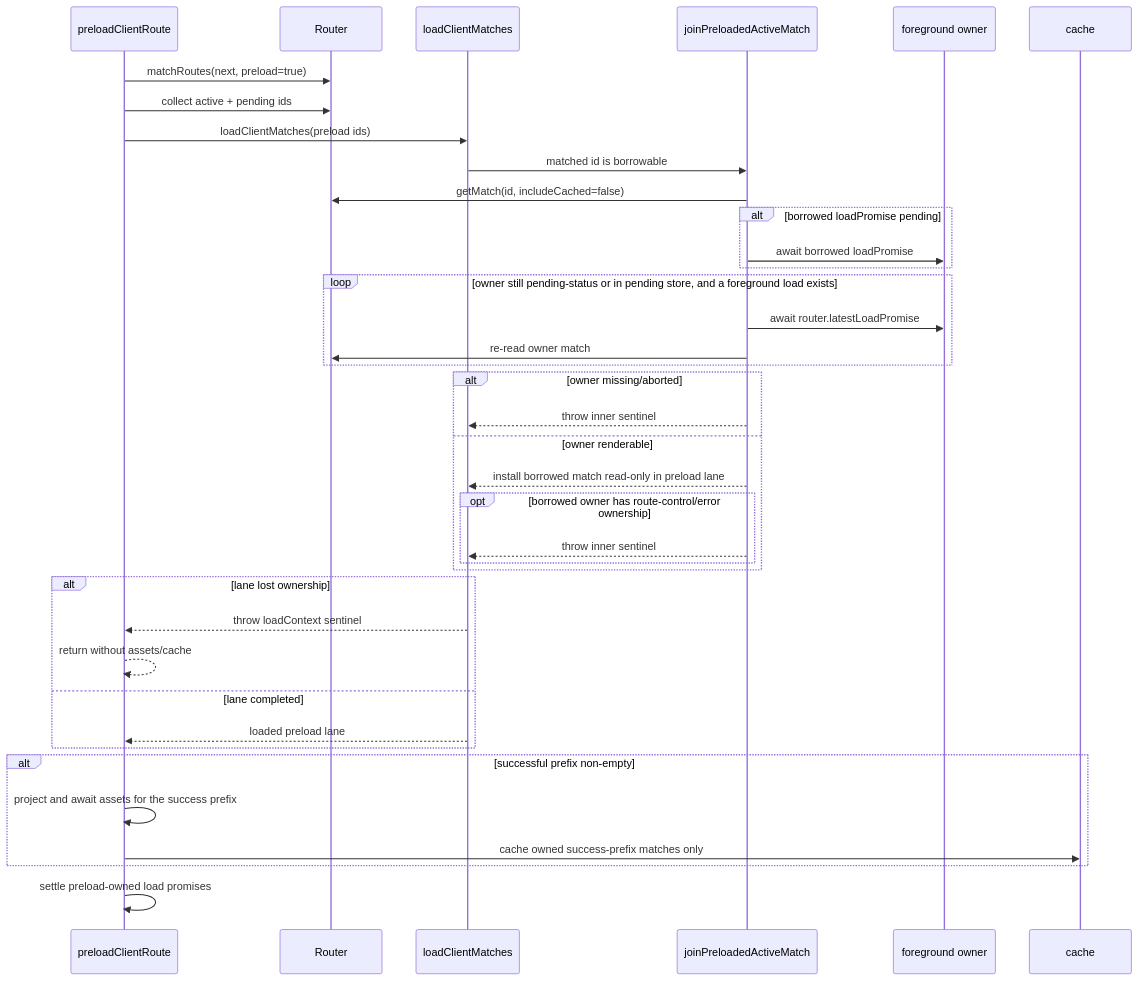
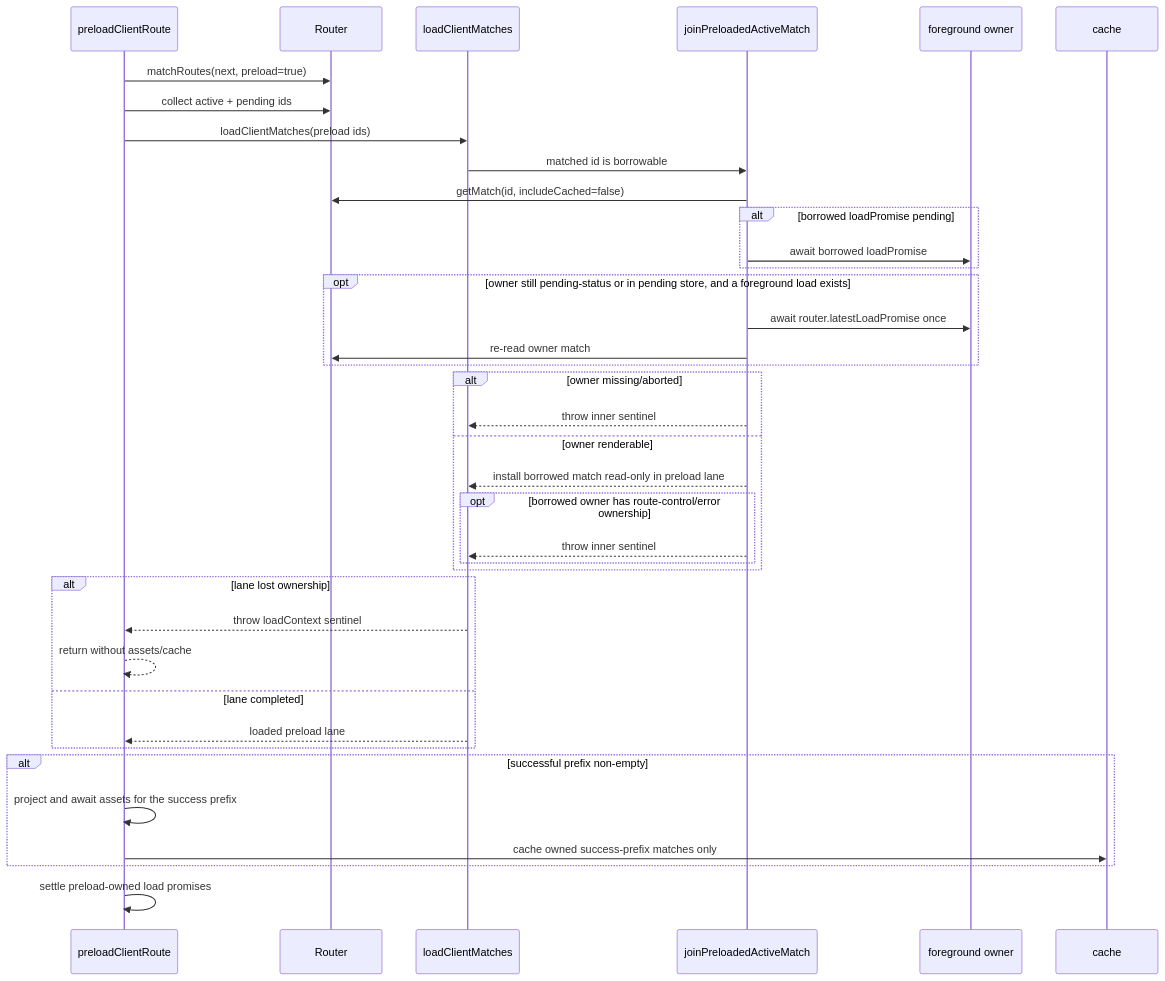
One commit to TanStack/router changed the seventh of 12 diagrams in packages/router-core/INTERNALS.md. Above: the diagram before and after it, drawn with Mermaid. The commit also changed other lines of this file and 2 other files, not shown here.

First line of the commit message:
refactor: single-shot foreground wait in the preload borrow protocol

````diff
--- a/packages/router-core/INTERNALS.md
+++ b/packages/router-core/INTERNALS.md
@@ -610,41 +610,41 @@
 ```mermaid
 sequenceDiagram
   participant P as preloadClientRoute
   participant R as Router
   participant L as loadClientMatches
   participant J as joinPreloadedActiveMatch
   participant F as foreground owner
   participant C as cache
 
   P->>R: matchRoutes(next, preload=true)
   P->>R: collect active + pending ids
   P->>L: loadClientMatches(preload ids)
   L->>J: matched id is borrowable
   J->>R: getMatch(id, includeCached=false)
   alt borrowed loadPromise pending
     J->>F: await borrowed loadPromise
   end
-  loop owner still pending-status or in pending store, and a foreground load exists
-    J->>F: await router.latestLoadPromise
+  opt owner still pending-status or in pending store, and a foreground load exists
+    J->>F: await router.latestLoadPromise once
     J->>R: re-read owner match
   end
   alt owner missing/aborted
     J-->>L: throw inner sentinel
   else owner renderable
     J-->>L: install borrowed match read-only in preload lane
     opt borrowed owner has route-control/error ownership
       J-->>L: throw inner sentinel
     end
   end
   alt lane lost ownership
     L-->>P: throw loadContext sentinel
     P-->>P: return without assets/cache
   else lane completed
     L-->>P: loaded preload lane
   end
   alt successful prefix non-empty
     P->>P: project and await assets for the success prefix
     P->>C: cache owned success-prefix matches only
   end
   P->>P: settle preload-owned load promises
 ```
````
